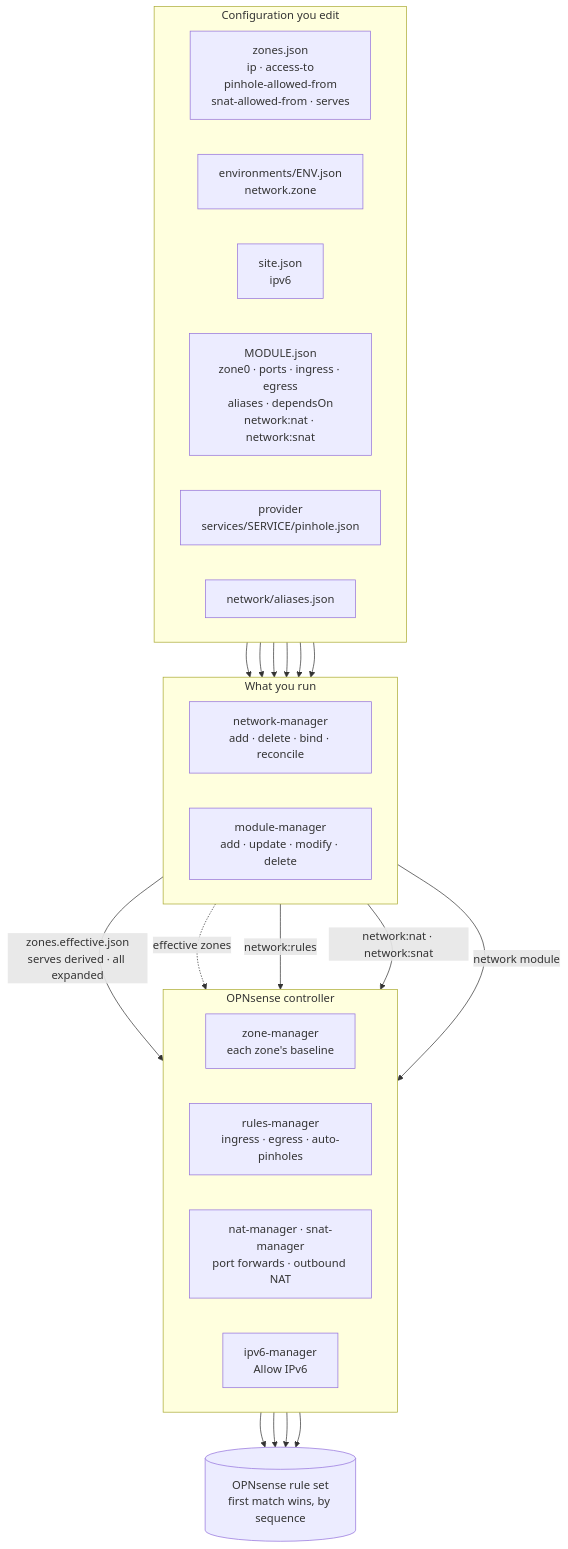
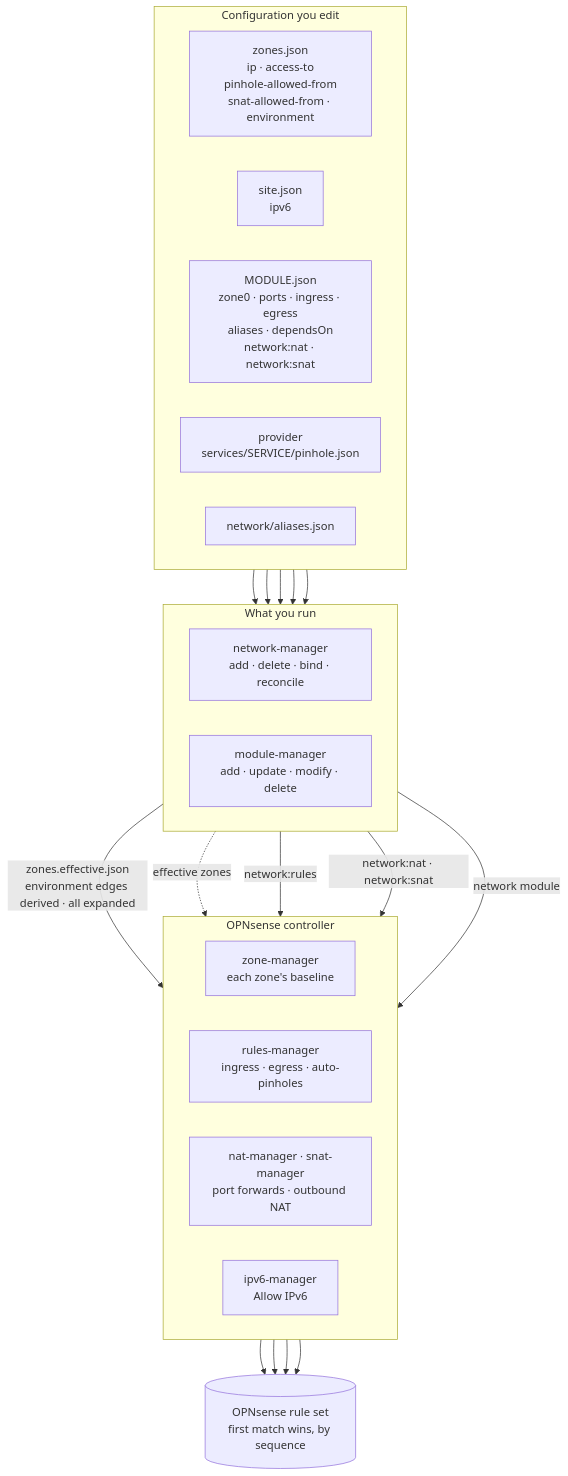
One commit to TAPPaaS/TAPPaaS changed the diagram in src/foundation/tappaas-cicd/manager/network-manager/FIREWALL-RULES.md. Above: the diagram before and after it, drawn with Mermaid. The commit also changed other lines of this file and 18 other files, not shown here.

First line of the commit message:
docs(network): the zone names its environment

````diff
--- a/src/foundation/tappaas-cicd/manager/network-manager/FIREWALL-RULES.md
+++ b/src/foundation/tappaas-cicd/manager/network-manager/FIREWALL-RULES.md
@@ -124,44 +124,42 @@
 ```mermaid
 flowchart TD
     subgraph CFG["Configuration you edit"]
         direction LR
-        Z["zones.json<br/>ip · access-to<br/>pinhole-allowed-from<br/>snat-allowed-from · serves"]
-        E["environments/ENV.json<br/>network.zone"]
+        Z["zones.json<br/>ip · access-to<br/>pinhole-allowed-from<br/>snat-allowed-from · environment"]
         S["site.json<br/>ipv6"]
         M["MODULE.json<br/>zone0 · ports · ingress · egress<br/>aliases · dependsOn<br/>network:nat · network:snat"]
         P["provider<br/>services/SERVICE/pinhole.json"]
         A["network/aliases.json"]
     end
 
     subgraph RUN["What you run"]
         direction LR
         NM["network-manager<br/>add · delete · bind · reconcile"]
         MM["module-manager<br/>add · update · modify · delete"]
     end
 
     subgraph CTL["OPNsense controller"]
         direction LR
         ZM["zone-manager<br/>each zone's baseline"]
         RM["rules-manager<br/>ingress · egress · auto-pinholes"]
         NAT["nat-manager · snat-manager<br/>port forwards · outbound NAT"]
         V6["ipv6-manager<br/>Allow IPv6"]
     end
 
     FW[("OPNsense rule set<br/>first match wins, by sequence")]
 
     Z --> NM
-    E --> NM
     S --> MM
     M --> MM
     P --> MM
     A --> MM
-    NM -- "zones.effective.json<br/>serves derived · all expanded" --> ZM
+    NM -- "zones.effective.json<br/>environment edges derived · all expanded" --> ZM
     NM -. "effective zones" .-> RM
     MM -- "network:rules" --> RM
     MM -- "network:nat · network:snat" --> NAT
     MM -- "network module" --> V6
     ZM --> FW
     RM --> FW
     NAT --> FW
     V6 --> FW
 ```
````
